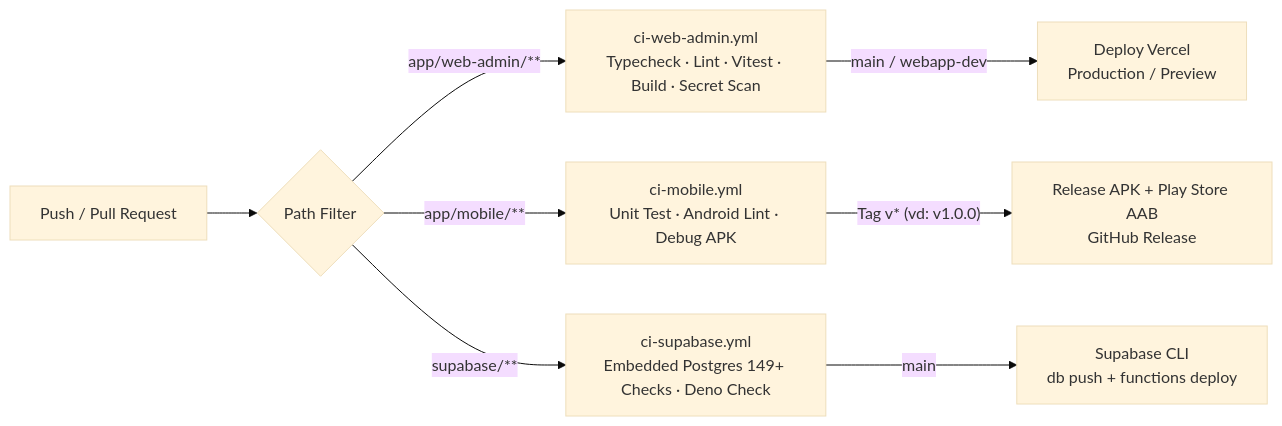
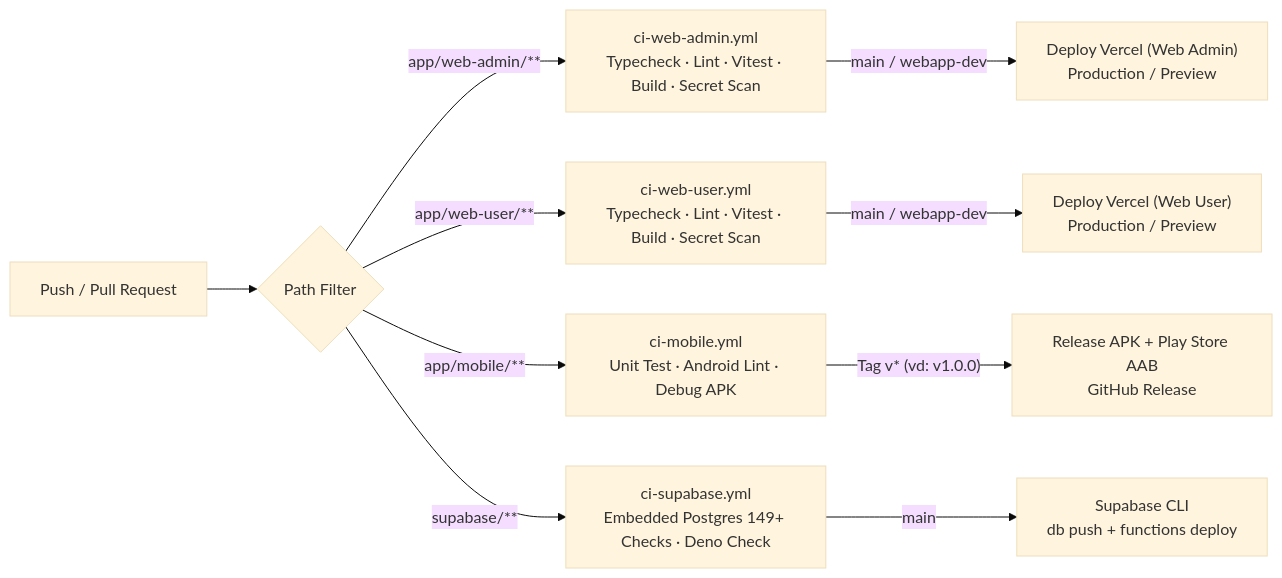
Before and after one commit to ZenithGn/Pause: the diagram in docs/02-Architecture/ci-cd-guide.md, drawn with Mermaid (base theme). The commit also changed other lines of this file and 15 other files, not shown here.

Commit message:
feat(web-user,ci): implement Download page with SVG QR, ci-web-user workflow, and docs

````diff
--- a/docs/02-Architecture/ci-cd-guide.md
+++ b/docs/02-Architecture/ci-cd-guide.md
@@ -9,11 +9,13 @@
 ```mermaid
 flowchart LR
     PR["Push / Pull Request"] --> Path{"Path Filter"}
-    Path -->|"app/web-admin/**"| WebCI["ci-web-admin.yml\nTypecheck · Lint · Vitest · Build · Secret Scan"]
+    Path -->|"app/web-admin/**"| WebAdminCI["ci-web-admin.yml\nTypecheck · Lint · Vitest · Build · Secret Scan"]
+    Path -->|"app/web-user/**"| WebUserCI["ci-web-user.yml\nTypecheck · Lint · Vitest · Build · Secret Scan"]
     Path -->|"app/mobile/**"| MobileCI["ci-mobile.yml\nUnit Test · Android Lint · Debug APK"]
     Path -->|"supabase/**"| SbCI["ci-supabase.yml\nEmbedded Postgres 149+ Checks · Deno Check"]
 
-    WebCI -->|"main / webapp-dev"| Vercel["Deploy Vercel\nProduction / Preview"]
+    WebAdminCI -->|"main / webapp-dev"| VercelAdmin["Deploy Vercel (Web Admin)\nProduction / Preview"]
+    WebUserCI -->|"main / webapp-dev"| VercelUser["Deploy Vercel (Web User)\nProduction / Preview"]
     MobileCI -->|"Tag v* (vd: v1.0.0)"| GHRel["Release APK + Play Store AAB\nGitHub Release"]
     SbCI -->|"main"| SbCD["Supabase CLI\ndb push + functions deploy"]
 ```
````
